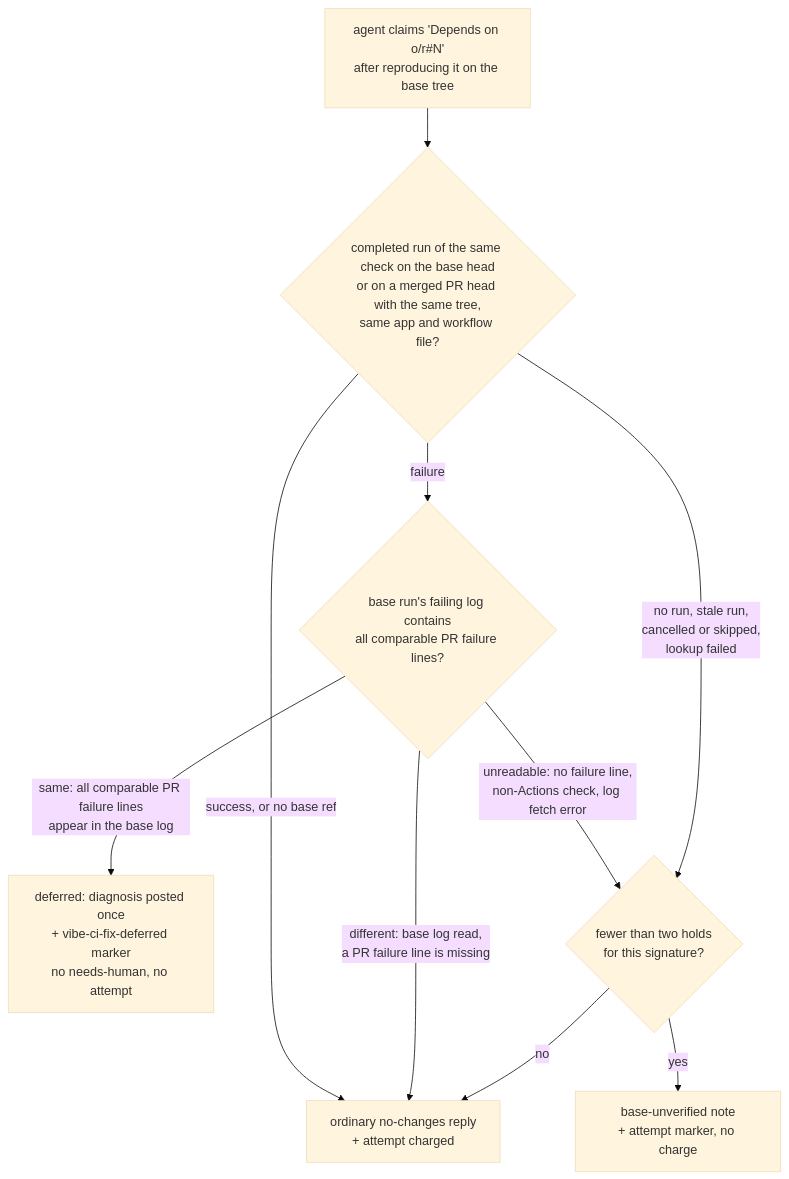
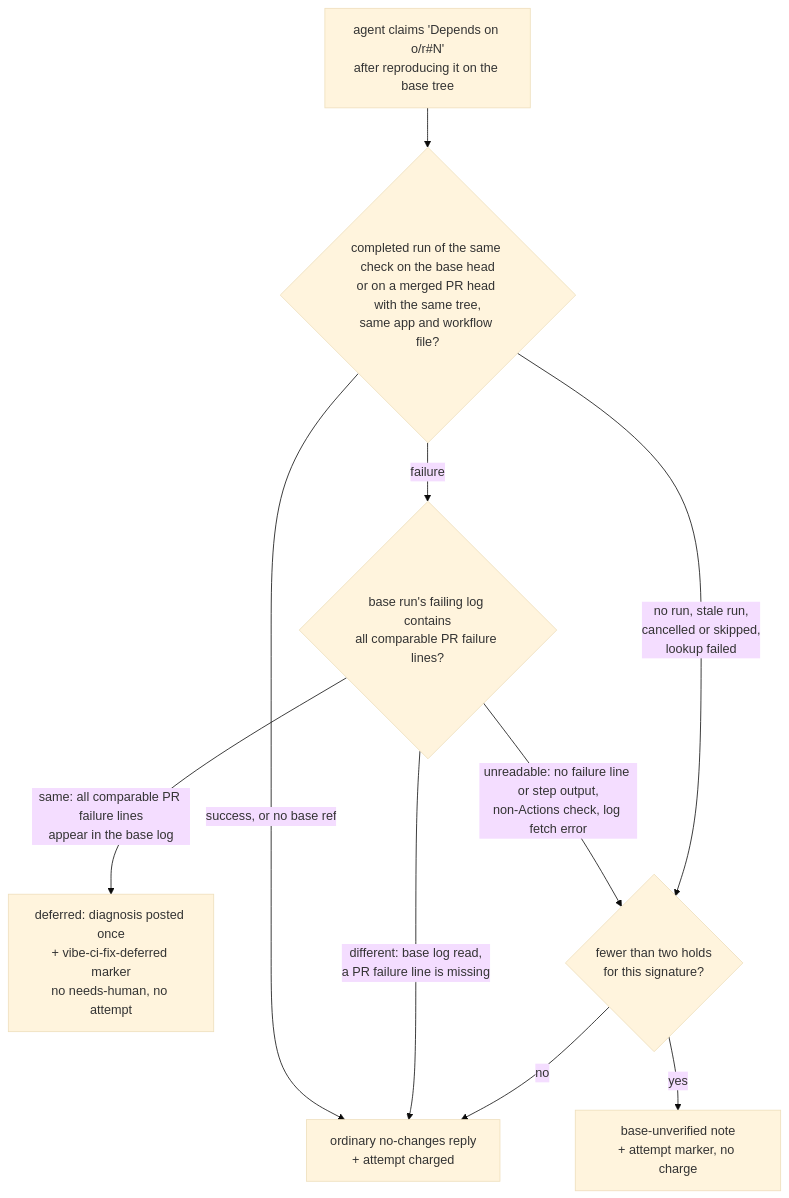
Before and after one commit to stSoftwareAU/VibeCoder: the sixth of 8 diagrams in docs/workflows/ci-fix.md, drawn with Mermaid (base theme). The commit also changed other lines of this file and 5 other files, not shown here.

First line of the commit message:
Base-failure comparison: leave test output out, read step output, normalise any tally (PR #4873)

````diff
--- a/docs/workflows/ci-fix.md
+++ b/docs/workflows/ci-fix.md
@@ -679,12 +692,12 @@
 ```mermaid
 flowchart TD
     A["agent claims 'Depends on o/r#N'<br/>after reproducing it on the base tree"] --> E{"completed run of the same check on the base head<br/>or on a merged PR head with the same tree,<br/>same app and workflow file?"}
     E -->|"success, or no base ref"| O["ordinary no-changes reply<br/>+ attempt charged"]
     E -->|"failure"| L{"base run's failing log contains<br/>all comparable PR failure lines?"}
     L -->|"same: all comparable PR failure lines<br/>appear in the base log"| R["deferred: diagnosis posted once<br/>+ vibe-ci-fix-deferred marker<br/>no needs-human, no attempt"]
     L -->|"different: base log read,<br/>a PR failure line is missing"| O
-    L -->|"unreadable: no failure line,<br/>non-Actions check, log fetch error"| H{"fewer than two holds<br/>for this signature?"}
+    L -->|"unreadable: no failure line or step output,<br/>non-Actions check, log fetch error"| H{"fewer than two holds<br/>for this signature?"}
     E -->|"no run, stale run,<br/>cancelled or skipped,<br/>lookup failed"| H
     H -->|yes| U["base-unverified note<br/>+ attempt marker, no charge"]
     H -->|no| O
 ```
````
